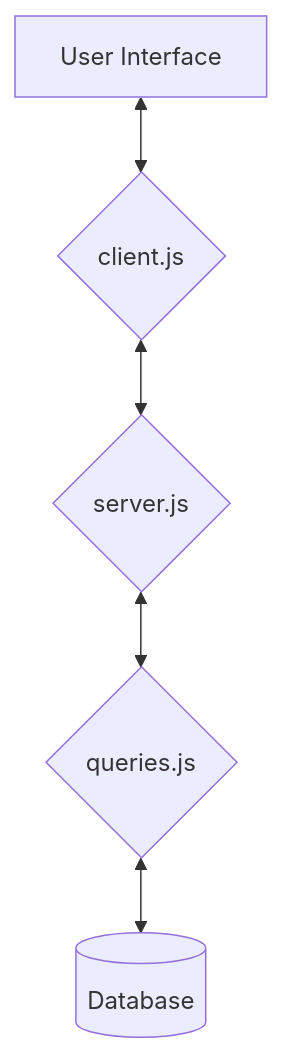
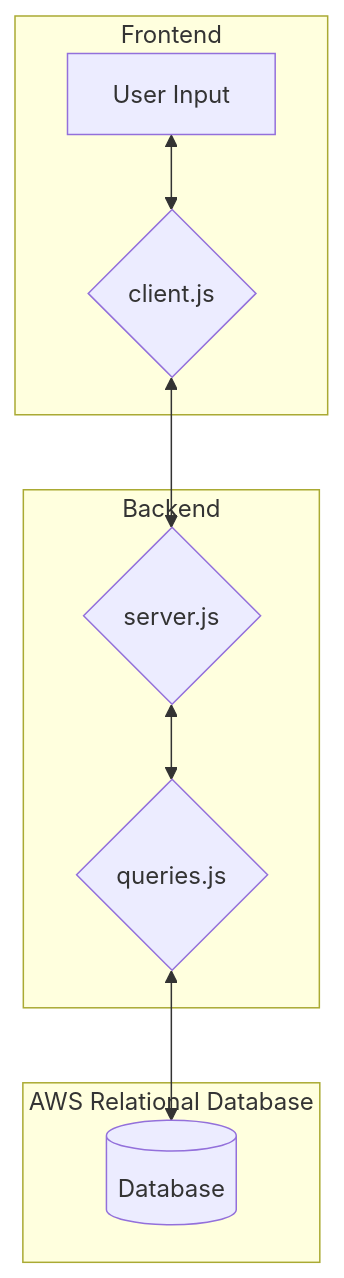
One commit to ahmeda16/pleasecompile-wec2024-cogin changed the diagram in README.md. Above: the diagram before and after it, drawn with Mermaid. The commit also changed other lines of this file, not shown here.

````diff
--- a/README.md
+++ b/README.md
@@ -7,7 +25,16 @@
 ```mermaid
 flowchart TD
-A[User Interface] <--> B{client.js}
+subgraph Frontend
+A[User Input] <--> B{client.js}
+end
+
+subgraph Backend
 B <--> C{server.js}
 C <--> D{queries.js}
+
+end
+
+subgraph AWS Relational Database
 D <--> E[(Database)]
+end
 ```
````
